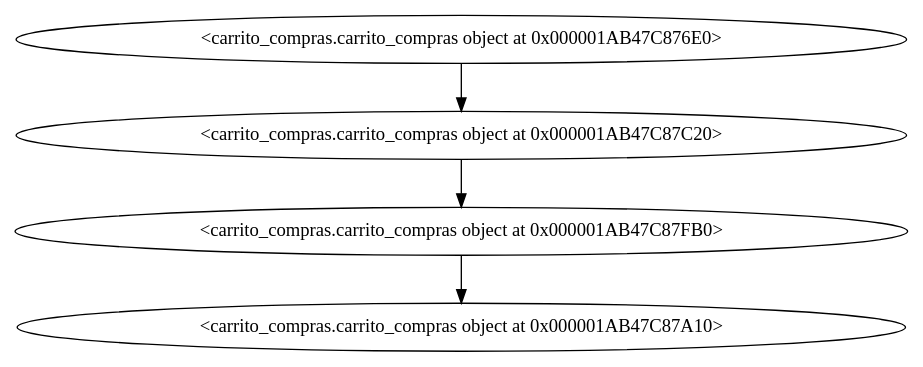
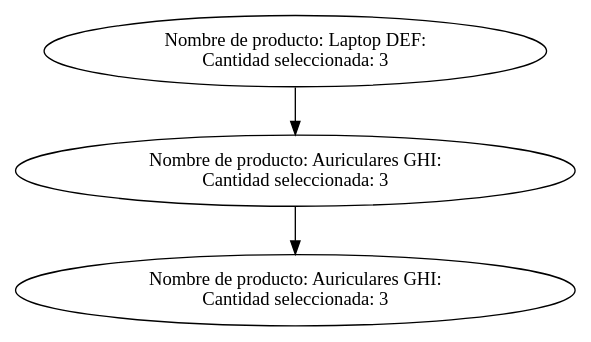
Before and after one commit to 202300512DanielH/IPC2_ProyectoVJ2024_21: the diagram in pila.dot, drawn with Graphviz. The commit also changed 30 other files, not shown here.

```diff
--- a/pila.dot
+++ b/pila.dot
@@ -1,9 +1,10 @@
 digraph G {
-nodo0 [label="<carrito_compras.carrito_compras object at 0x000001AB47C876E0>"];
+nodo0 [label="Nombre de producto: Laptop DEF: 
+Cantidad seleccionada: 3"];
 nodo0 -> nodo1;
-nodo1 [label="<carrito_compras.carrito_compras object at 0x000001AB47C87C20>"];
+nodo1 [label="Nombre de producto: Auriculares GHI: 
+Cantidad seleccionada: 3"];
 nodo1 -> nodo2;
-nodo2 [label="<carrito_compras.carrito_compras object at 0x000001AB47C87FB0>"];
-nodo2 -> nodo3;
-nodo3 [label="<carrito_compras.carrito_compras object at 0x000001AB47C87A10>"];
+nodo2 [label="Nombre de producto: Auriculares GHI: 
+Cantidad seleccionada: 3"];
 }
```
